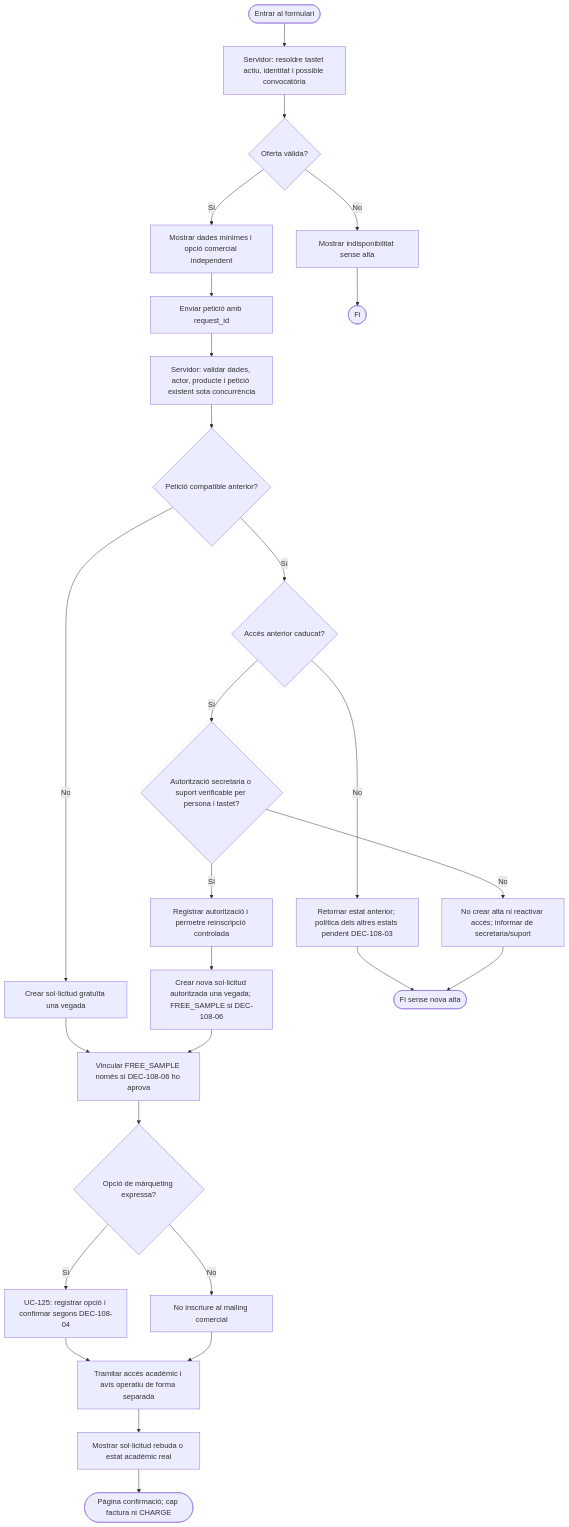
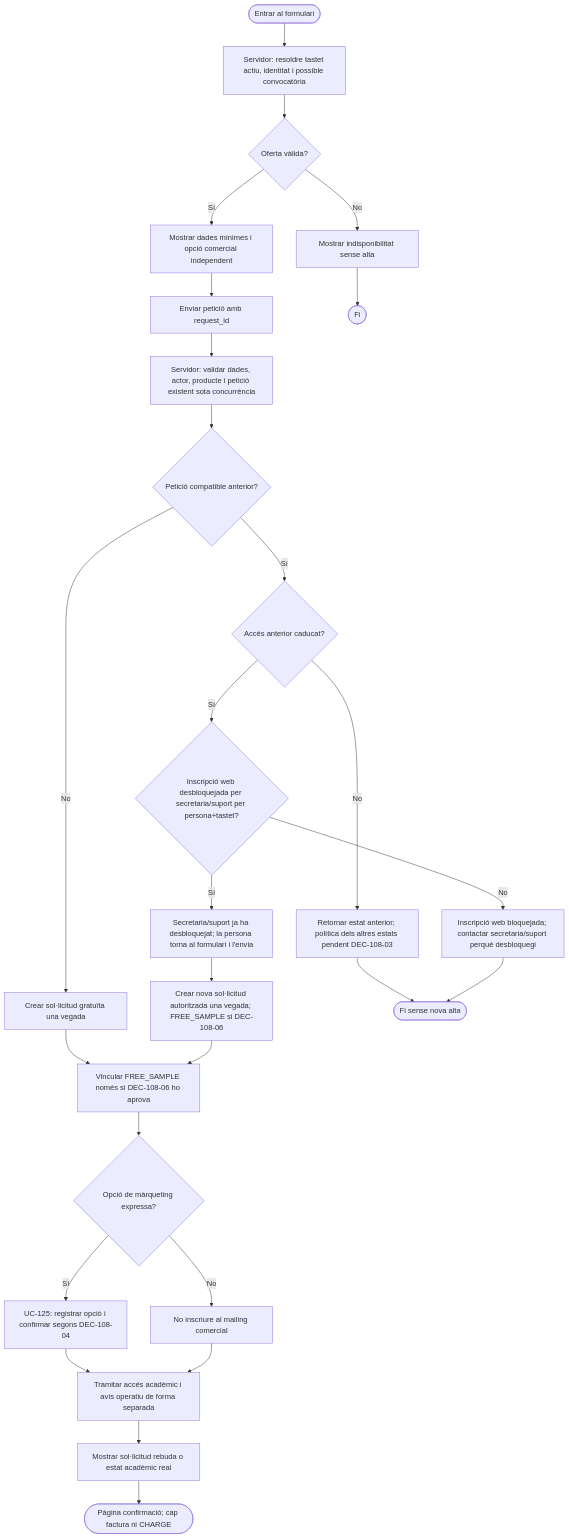
One commit to orgmeriemprismacat-del/verifactu changed the sixth of 8 diagrams in documentacio/07-uml-integrat/uc-108-vistes-grafiques-activitats-pagines.md. Above: the diagram before and after it, drawn with Mermaid. The commit also changed other lines of this file, not shown here.

Commit message:
docs: agree UC-108 secretary/support unlocks web re-enrollment; participant submits form

````diff
--- a/documentacio/07-uml-integrat/uc-108-vistes-grafiques-activitats-pagines.md
+++ b/documentacio/07-uml-integrat/uc-108-vistes-grafiques-activitats-pagines.md
@@ -111,29 +111,29 @@
 ```mermaid
 flowchart TD
   A([Entrar al formulari]) --> B["Servidor: resoldre tastet actiu, identitat i possible convocatòria"]
   B --> C{"Oferta vàlida?"}
   C -->|No| D["Mostrar indisponibilitat sense alta"]
   C -->|Sí| E["Mostrar dades mínimes i opció comercial independent"]
   E --> F["Enviar petició amb request_id"]
   F --> G["Servidor: validar dades, actor, producte i petició existent sota concurrència"]
   G --> H{"Petició compatible anterior?"}
   H -->|Sí| I{"Accés anterior caducat?"}
-  I -->|Sí| IA{"Autorització secretaria o suport verificable per persona i tastet?"}
-  IA -->|No| IB["No crear alta ni reactivar accés; informar de secretaria/suport"]
-  IA -->|Sí| IC["Registrar autorització i permetre reinscripció controlada"]
+  I -->|Sí| IA{"Inscripció web desbloquejada per secretaria/suport per persona+tastet?"}
+  IA -->|No| IB["Inscripció web bloquejada; contactar secretaria/suport perquè desbloquegi"]
+  IA -->|Sí| IC["Secretaria/suport ja ha desbloquejat; la persona torna al formulari i l'envia"]
   I -->|No| ID["Retornar estat anterior; política dels altres estats pendent DEC-108-03"]
   IC --> K["Crear nova sol·licitud autoritzada una vegada; FREE_SAMPLE si DEC-108-06"]
   H -->|No| J["Crear sol·licitud gratuïta una vegada"]
   J --> L["Vincular FREE_SAMPLE només si DEC-108-06 ho aprova"]
   K --> L
   ID --> IE([Fi sense nova alta])
   IB --> IE
   L --> M{"Opció de màrqueting expressa?"}
   M -->|Sí| N["UC-125: registrar opció i confirmar segons DEC-108-04"]
   M -->|No| O["No inscriure al mailing comercial"]
   N --> P["Tramitar accés acadèmic i avís operatiu de forma separada"]
   O --> P
   P --> Q["Mostrar sol·licitud rebuda o estat acadèmic real"]
   Q --> R([Pàgina confirmació; cap factura ni CHARGE])
   D --> S([Fi])
 ```
````
